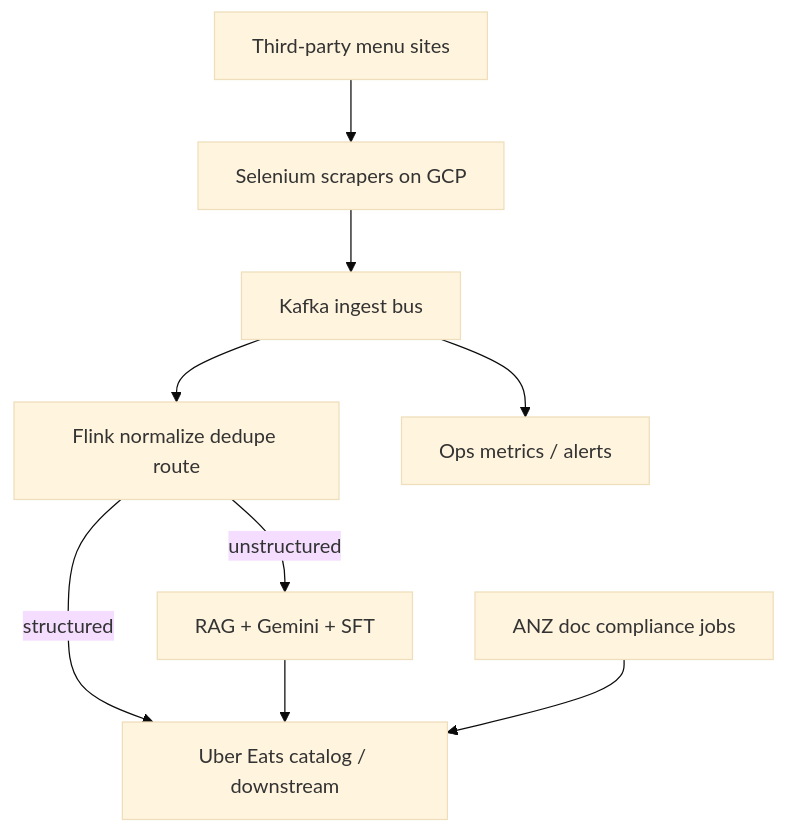
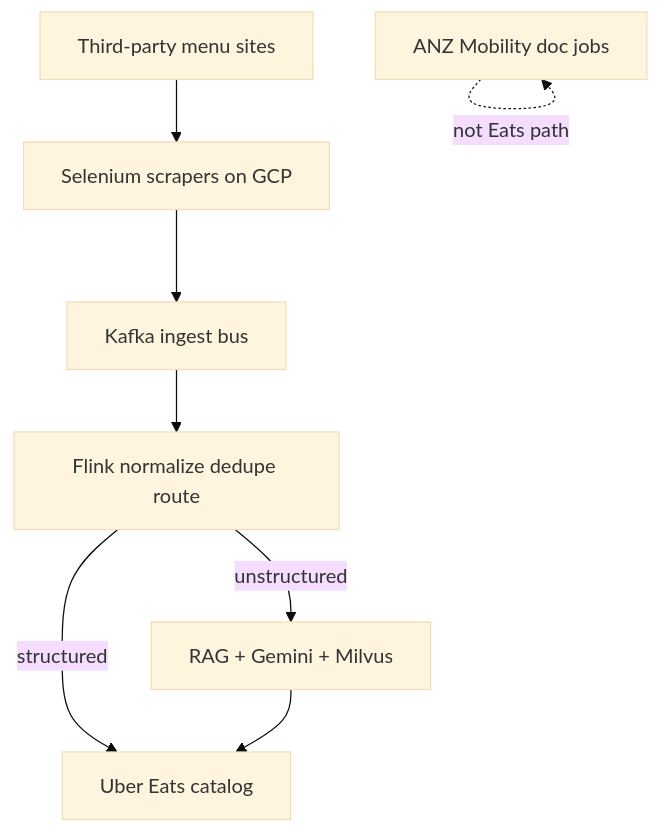
Before and after one commit to TM-DEV-PRO/final-resume: the diagram in campaign_pygo_xyz/interview_prep/architecture/03_uber_menu.md, drawn with Mermaid (base theme). The commit also changed other lines of this file and 168 other files, not shown here.

First line of the commit message:
Make v2/Java/Campaign one-page hubs with rendered architecture diagrams.

````diff
--- a/campaign_pygo_xyz/interview_prep/architecture/03_uber_menu.md
+++ b/campaign_pygo_xyz/interview_prep/architecture/03_uber_menu.md
@@ -32,17 +63,15 @@
 ```mermaid
 flowchart TB
   SRC[Third-party menu sites]
   SEL[Selenium scrapers on GCP]
   KF[Kafka ingest bus]
   FL[Flink normalize dedupe route]
-  RAG[RAG + Gemini + SFT]
-  CAT[Uber Eats catalog / downstream]
-  OPS[Ops metrics / alerts]
-  ANZ[ANZ doc compliance jobs]
+  RAG[RAG + Gemini + Milvus]
+  CAT[Uber Eats catalog]
+  ANZ[ANZ Mobility doc jobs]
 
   SRC --> SEL --> KF --> FL
   FL -->|structured| CAT
   FL -->|unstructured| RAG --> CAT
-  KF --> OPS
-  ANZ --> CAT
+  ANZ -.->|not Eats path| ANZ
 ```
````
